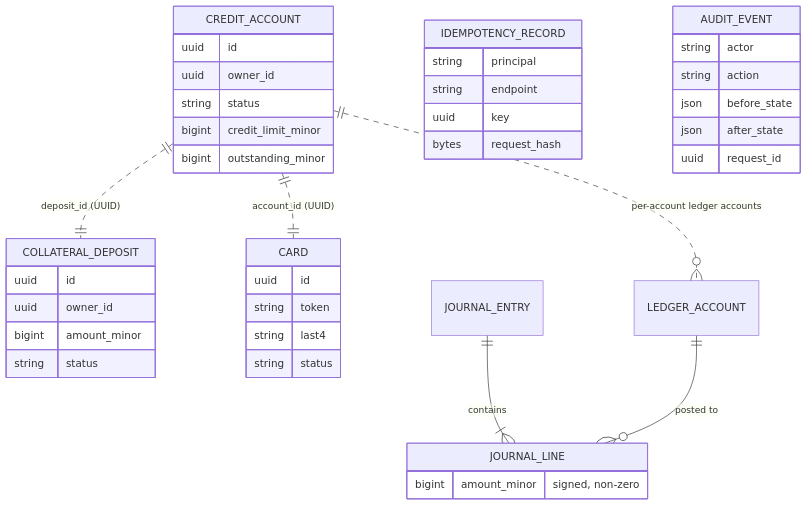
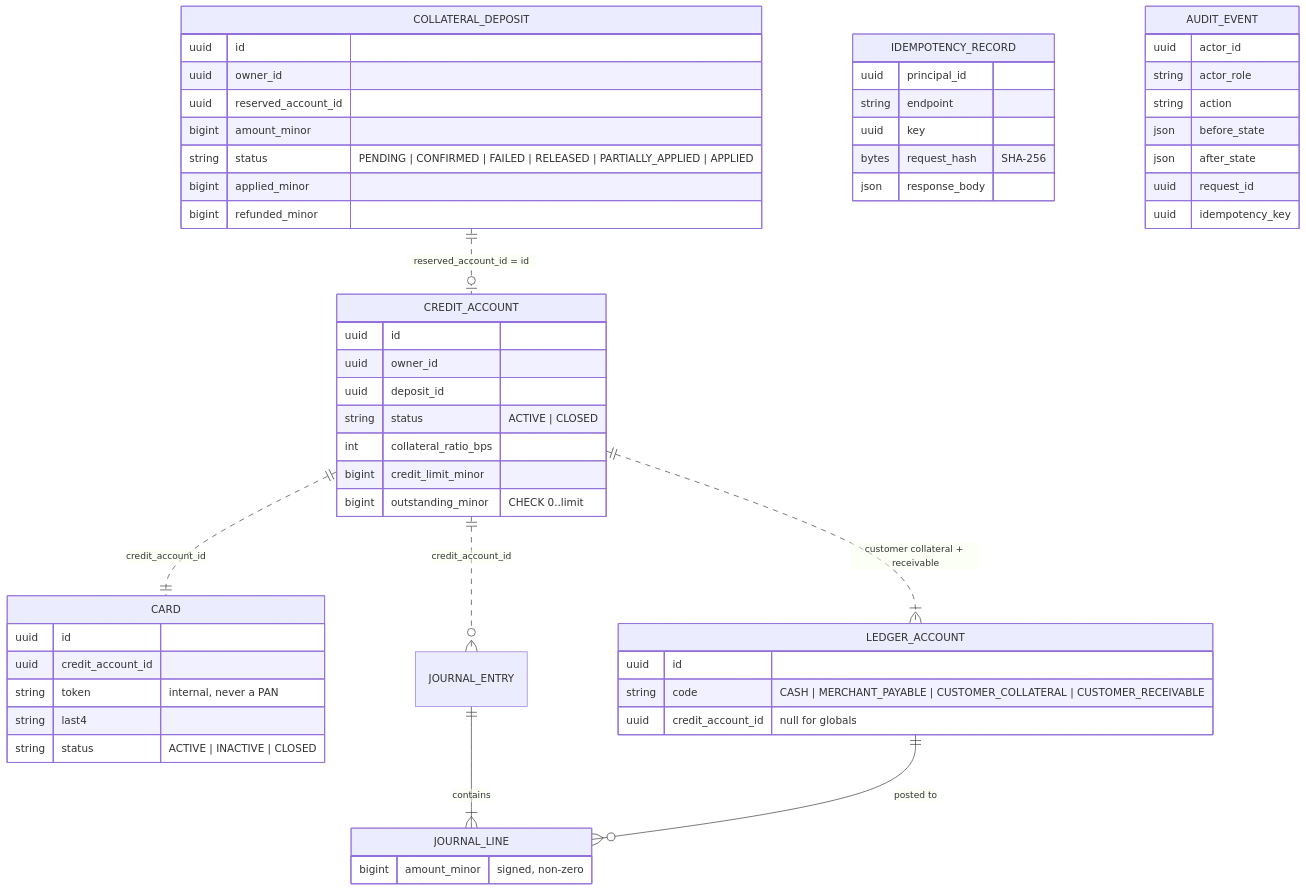
The third of 4 diagrams in docs/methodology/architecture.md (gustavop-dev/prueba_tecnica_beloz), drawn with Mermaid before and after one commit. The commit also changed other lines of this file and 39 other files, not shown here.

First line of the commit message:
DOCS: F5 documentation, architecture ADRs and AWS Terraform (#7)

````diff
--- a/docs/methodology/architecture.md
+++ b/docs/methodology/architecture.md
@@ -50,43 +56,58 @@
 ```mermaid
 erDiagram
-    CREDIT_ACCOUNT ||..|| COLLATERAL_DEPOSIT : "deposit_id (UUID)"
-    CREDIT_ACCOUNT ||..|| CARD : "account_id (UUID)"
-    CREDIT_ACCOUNT ||..o{ LEDGER_ACCOUNT : "per-account ledger accounts"
+    COLLATERAL_DEPOSIT ||..o| CREDIT_ACCOUNT : "reserved_account_id = id"
+    CREDIT_ACCOUNT ||..|| CARD : "credit_account_id"
+    CREDIT_ACCOUNT ||..|{ LEDGER_ACCOUNT : "customer collateral + receivable"
+    CREDIT_ACCOUNT ||..o{ JOURNAL_ENTRY : "credit_account_id"
     JOURNAL_ENTRY ||--|{ JOURNAL_LINE : contains
     LEDGER_ACCOUNT ||--o{ JOURNAL_LINE : "posted to"
     CREDIT_ACCOUNT {
         uuid id
         uuid owner_id
-        string status
+        uuid deposit_id
+        string status "ACTIVE | CLOSED"
+        int collateral_ratio_bps
         bigint credit_limit_minor
-        bigint outstanding_minor
+        bigint outstanding_minor "CHECK 0..limit"
     }
     COLLATERAL_DEPOSIT {
         uuid id
         uuid owner_id
+        uuid reserved_account_id
         bigint amount_minor
-        string status
+        string status "PENDING | CONFIRMED | FAILED | RELEASED | PARTIALLY_APPLIED | APPLIED"
+        bigint applied_minor
+        bigint refunded_minor
     }
     CARD {
         uuid id
-        string token
+        uuid credit_account_id
+        string token "internal, never a PAN"
         string last4
-        string status
+        string status "ACTIVE | INACTIVE | CLOSED"
+    }
+    LEDGER_ACCOUNT {
+        uuid id
+        string code "CASH | MERCHANT_PAYABLE | CUSTOMER_COLLATERAL | CUSTOMER_RECEIVABLE"
+        uuid credit_account_id "null for globals"
     }
     JOURNAL_LINE {
         bigint amount_minor "signed, non-zero"
     }
     IDEMPOTENCY_RECORD {
-        string principal
+        uuid principal_id
         string endpoint
         uuid key
-        bytes request_hash
+        bytes request_hash "SHA-256"
+        json response_body
     }
     AUDIT_EVENT {
-        string actor
+        uuid actor_id
+        string actor_role
         string action
         json before_state
         json after_state
         uuid request_id
+        uuid idempotency_key
     }
 ```
````
